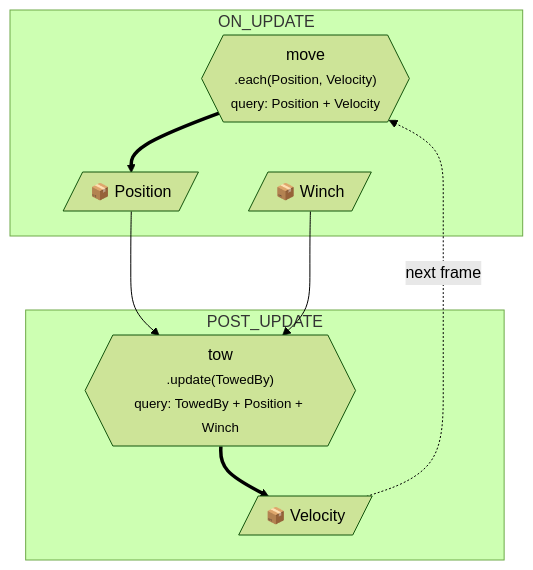
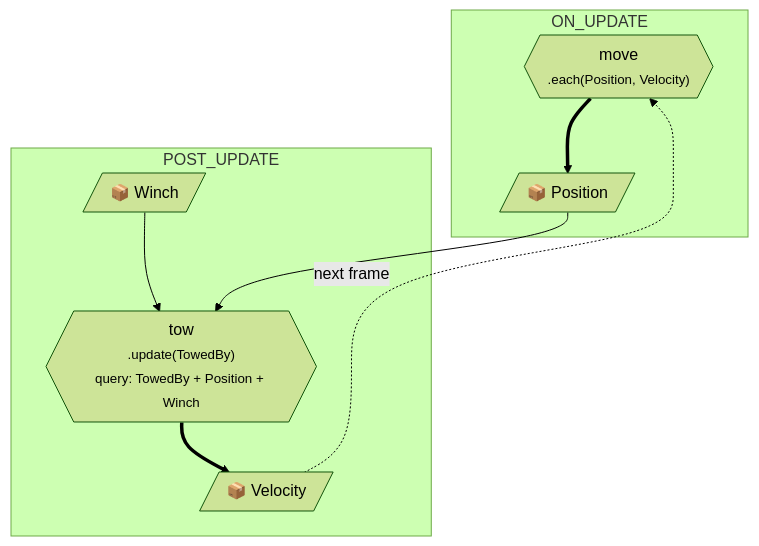
The third of 3 diagrams in lib/vecs/docs/diagrams.md (vworlds/vecs), drawn with Mermaid (forest theme) before and after one commit. The commit also changed other lines of this file and 1 other file, not shown here.

First line of the commit message:
docs: clarify component phase placement in diagrams

````diff
--- a/lib/vecs/docs/diagrams.md
+++ b/lib/vecs/docs/diagrams.md
@@ -124,17 +127,17 @@
 ```mermaid
 flowchart TB
   subgraph ON_UPDATE
-    move{{"move<br/><small>.each(Position, Velocity)<br/>query: Position + Velocity</small>"}}
+    move{{"move<br/><small>.each(Position, Velocity)</small>"}}
     Position[/"📦 Position"/]
-    Winch[/"📦 Winch"/]
   end
   subgraph POST_UPDATE
     tow{{"tow<br/><small>.update(TowedBy)<br/>query: TowedBy + Position + Winch</small>"}}
+    Winch[/"📦 Winch"/]
     Velocity[/"📦 Velocity"/]
   end
   move ==> Position
   Position --> tow
   tow ==> Velocity
   Velocity -. next frame .-> move
   Winch --> tow
 ```
````
